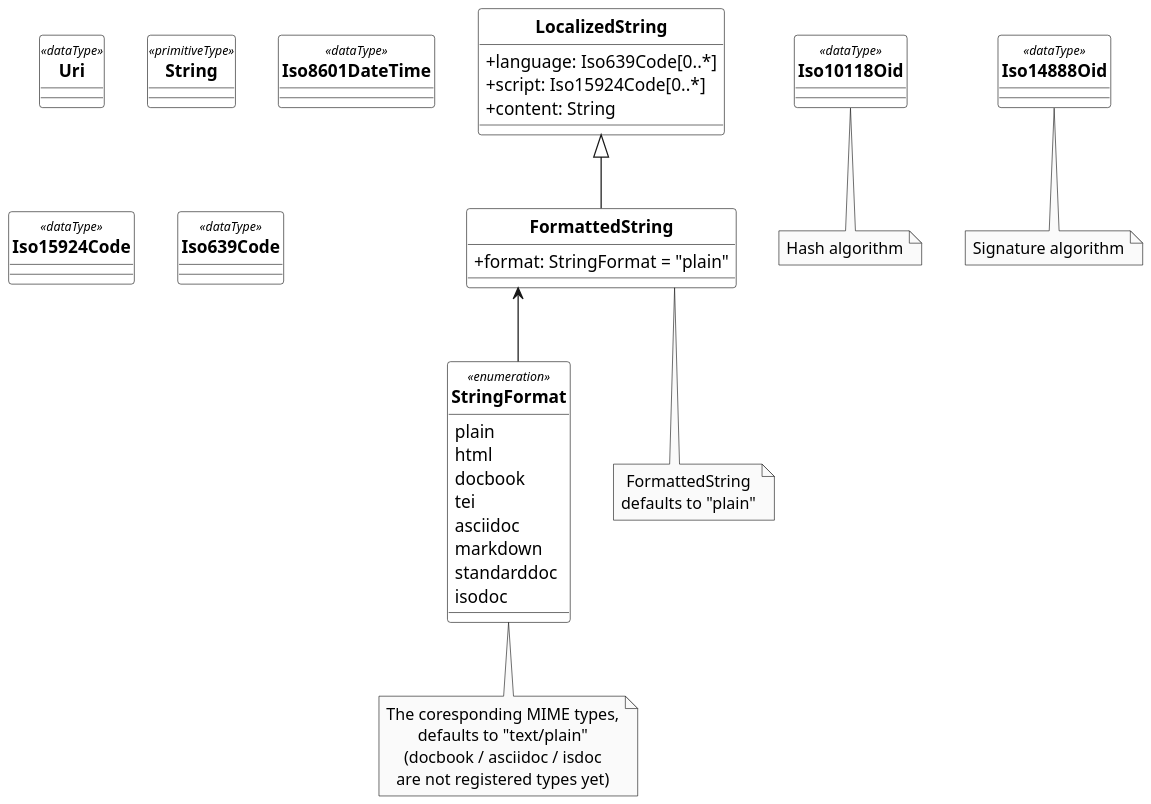
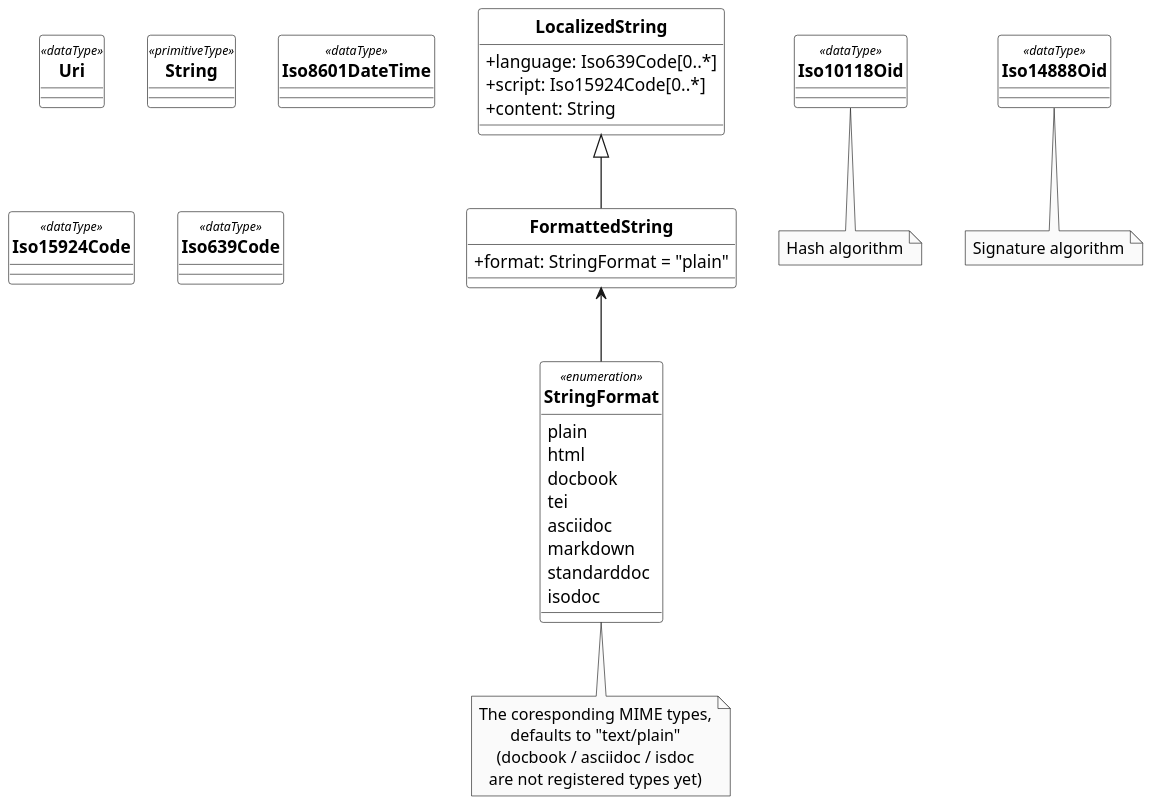
The diagram in basicdoc_uml/DataTypes.wsd (CalConnect/csd-standard-doc), drawn with PlantUML before and after one commit. The commit also changed 5 other files, not shown here.

Commit message:
terms, diagrams

```diff
--- a/basicdoc_uml/DataTypes.wsd
+++ b/basicdoc_uml/DataTypes.wsd
@@ -1,115 +1,114 @@
 @startuml DataTypes
 /'
 Diagram:        DataTypes
 DateCreate:     28/07/2018
 Description:    BasicDocument / SecureDoc is a family of document models that forms the basis of Metanorma IsoDoc (via Metanorma StandardDocument), which is used to represent ISO Standards and similarly structured standards.
                 It is also the document model that Selagraph operates on.
                 The Relaton Bibliography UML models used in these models are located here: Relaton BibModels.
                 BasicDocument itself is a document model that can serve as a transit data structure for document conversion, such as taking input from AsciiDoc or Markdown and converting them into an output format, such as Metanorma IsoDoc
 
 Hystory of changes:
 > 22/08/2018
     - diagram configuration updated
     - notes are updated for "FormattedString"
     - some relations between the elements are changed
     - new hidden relations are created
 '/
 
 '******* CONFIGURATION ************************************************
 skinparam classAttributeIconSize 0
 skinparam Dpi 150
 skinparam Monochrome true
 skinparam LineType ortho
 hide circle
 /' skinparam CircledCharacterRadius 0 '/
 /' skinparam CircledCharacterFontSize 0 '/
 skinparam Default {
 TextAlignment center
 FontName Helvetica
 }
 skinparam Class {
 AttributeIconSize 0
 BackgroundColor White
 FontStyle bold
 StereotypeFontSize 10
 }
 skinparam Rectangle {
 BackgroundColor White
 FontStyle bold
 FontSize 11
 StereotypeFontSize 10
 }
 skinparam Object {
 BackgroundColor White
 FontStyle bold
 FontSize 11
 StereotypeFontSize 10
 }
 
 skinparam Entity {
 StereotypeFontSize 10
 }
 
 '******* CLASS DEFINITION *********************************************
 class LocalizedString {
     +language: Iso639Code[0..*]
     +script: Iso15924Code[0..*]
     +content: String
 }
 
 class Uri <<dataType>> {
 
 }
 
 class String <<primitiveType>> {
 
 }
 
 class FormattedString {
     +format: StringFormat = "plain"
 }
 
 class Iso8601DateTime <<dataType>> {
 
 }
 
 class Iso15924Code <<dataType>> {
 
 }
 
 class Iso639Code <<dataType>> {
 
 }
 
 class Iso10118Oid <<dataType>> {
 
 }
 
 class Iso14888Oid <<dataType>> {
 
 }
 
 enum StringFormat <<enumeration>> {
     plain
     html
     docbook
     tei
     asciidoc
     markdown
     standarddoc
     isodoc
 }
 
 
 '******* NOTES *******************************************************
 note bottom of Iso10118Oid: Hash algorithm
 note bottom of Iso14888Oid: Signature algorithm
-note bottom of FormattedString: FormattedString\ndefaults to "plain"
 note bottom of StringFormat: The coresponding MIME types,\ndefaults to "text/plain"\n(docbook / asciidoc / isdoc\nare not registered types yet)
 
 
 '******* CLASS RELATIONS *********************************************
 LocalizedString <|-- FormattedString
 FormattedString <-- StringFormat
 
 @enduml
```
